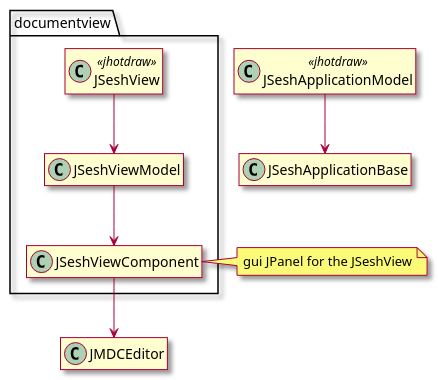
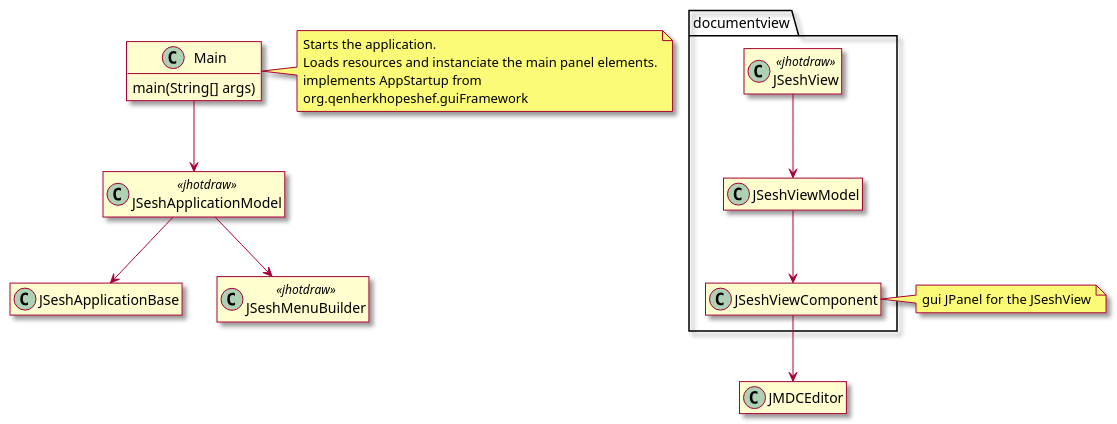
The first of 5 diagrams in 00_Documents/journal/DevelopperJournal.md (rosmord/jsesh), drawn with PlantUML before and after one commit. The commit also changed 14 other files, not shown here.

````diff
--- a/00_Documents/journal/DevelopperJournal.md
+++ b/00_Documents/journal/DevelopperJournal.md
@@ -109,38 +109,56 @@
 ```plantuml
 @startuml
 skin rose
 hide empty members
+
+class Main {
+    main(String[] args)
+}
+
+note right of Main
+Starts the application.
+Loads resources and instanciate the main panel elements.
+implements AppStartup from 
+org.qenherkhopeshef.guiFramework
+end note
+
+Main --> JSeshApplicationModel
 
 class JSeshApplicationModel <<jhotdraw>> {
     
 }
 
 class JSeshApplicationBase  {
     
 }
 
 JSeshApplicationModel --> JSeshApplicationBase
+class JSeshMenuBuilder <<jhotdraw>> {
+    
+}
+
+JSeshApplicationModel --> JSeshMenuBuilder
 
 package documentview {
 
   class JSeshView <<jhotdraw>> {    
   }
   
   class JSeshViewComponent {}
 
   class JSeshViewModel {
       
   }
 }
 
 note right of JSeshViewComponent
 gui JPanel for the JSeshView
 end note
 
 JSeshView --> JSeshViewModel
 JSeshViewModel --> JSeshViewComponent
 
 JSeshViewComponent --> JMDCEditor
 
 @enduml
 ```
````
